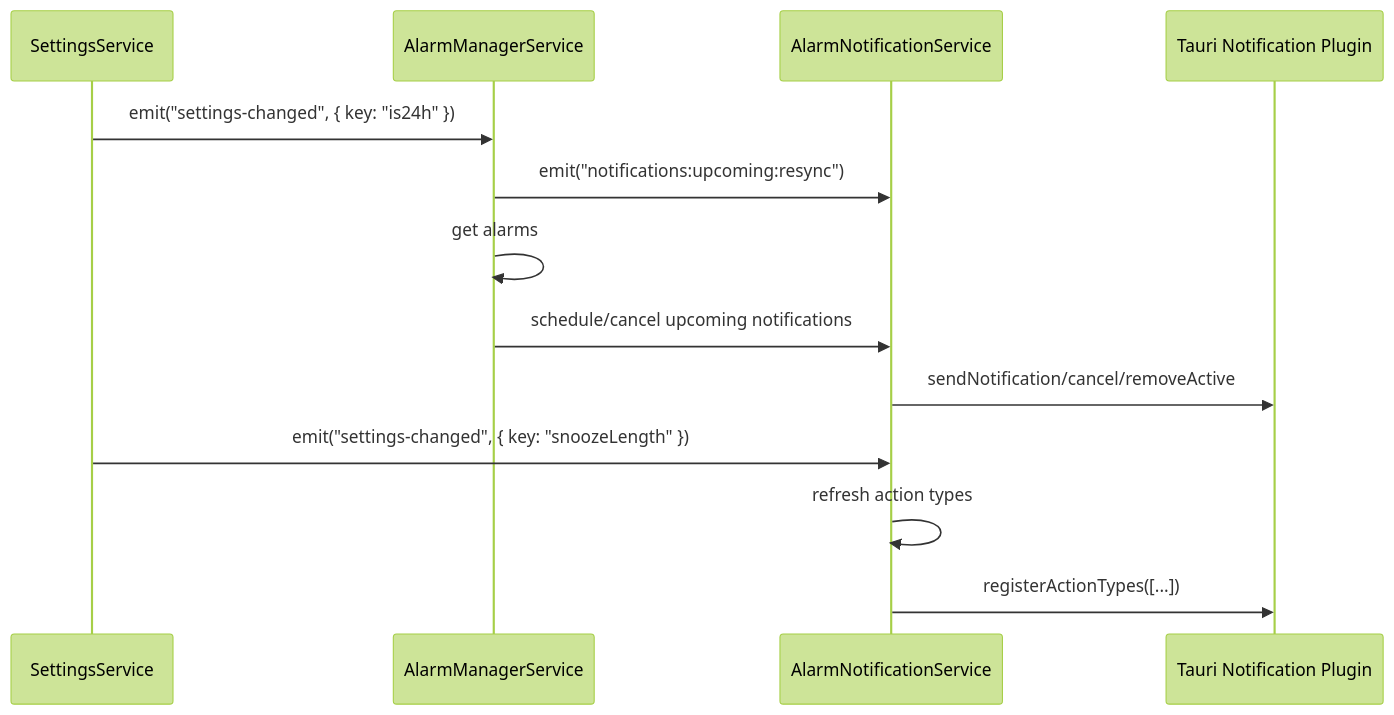
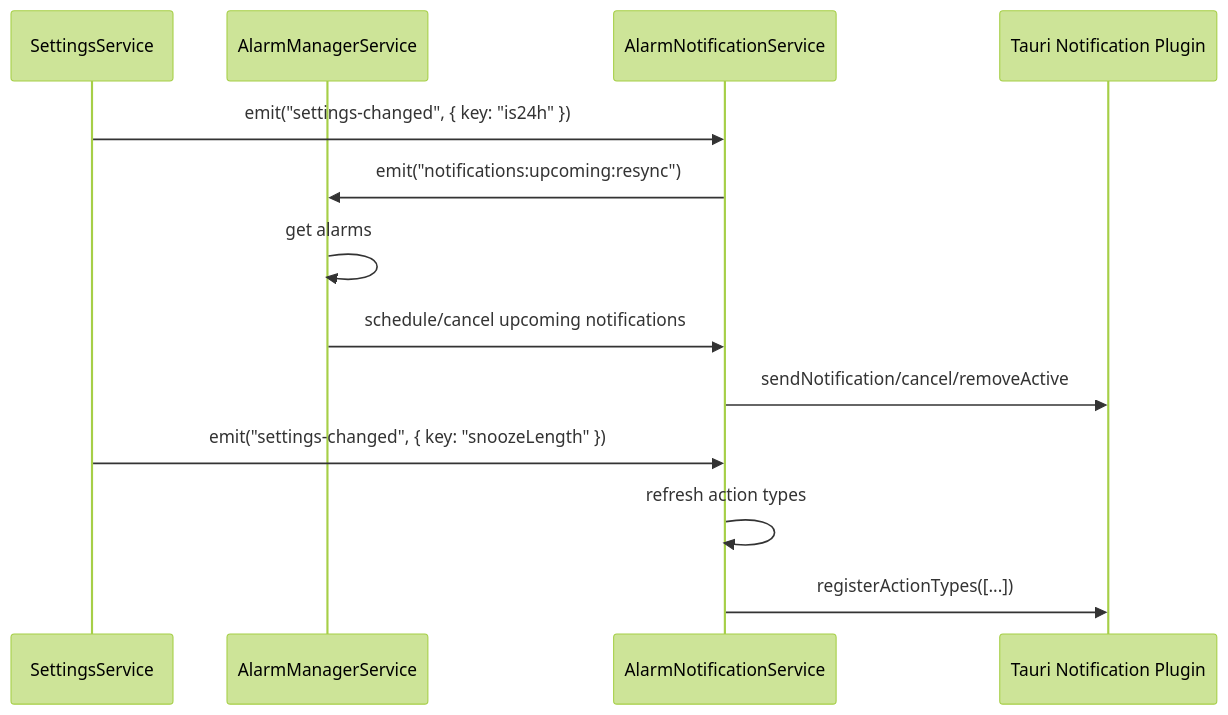
One commit to liminal-hq/threshold changed the first of 2 diagrams in docs/architecture/notification-architecture.md. Above: the diagram before and after it, drawn with Mermaid (forest theme). The commit also changed other lines of this file and 2 other files, not shown here.

````diff
--- a/docs/architecture/notification-architecture.md
+++ b/docs/architecture/notification-architecture.md
@@ -114,17 +115,17 @@
 ```mermaid
 sequenceDiagram
     participant Settings as SettingsService
     participant AlarmMgr as AlarmManagerService
     participant NotifHub as AlarmNotificationService
     participant Tauri as Tauri Notification Plugin
 
-    Settings->>AlarmMgr: emit("settings-changed", { key: "is24h" })
-    AlarmMgr->>NotifHub: emit("notifications:upcoming:resync")
+    Settings->>NotifHub: emit("settings-changed", { key: "is24h" })
+    NotifHub->>AlarmMgr: emit("notifications:upcoming:resync")
     AlarmMgr->>AlarmMgr: get alarms
     AlarmMgr->>NotifHub: schedule/cancel upcoming notifications
     NotifHub->>Tauri: sendNotification/cancel/removeActive
 
     Settings->>NotifHub: emit("settings-changed", { key: "snoozeLength" })
     NotifHub->>NotifHub: refresh action types
     NotifHub->>Tauri: registerActionTypes([...])
 ```
````
